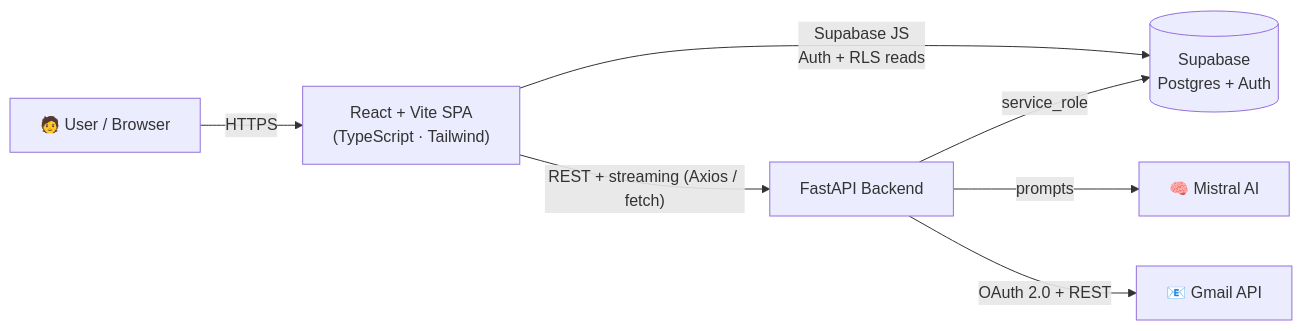
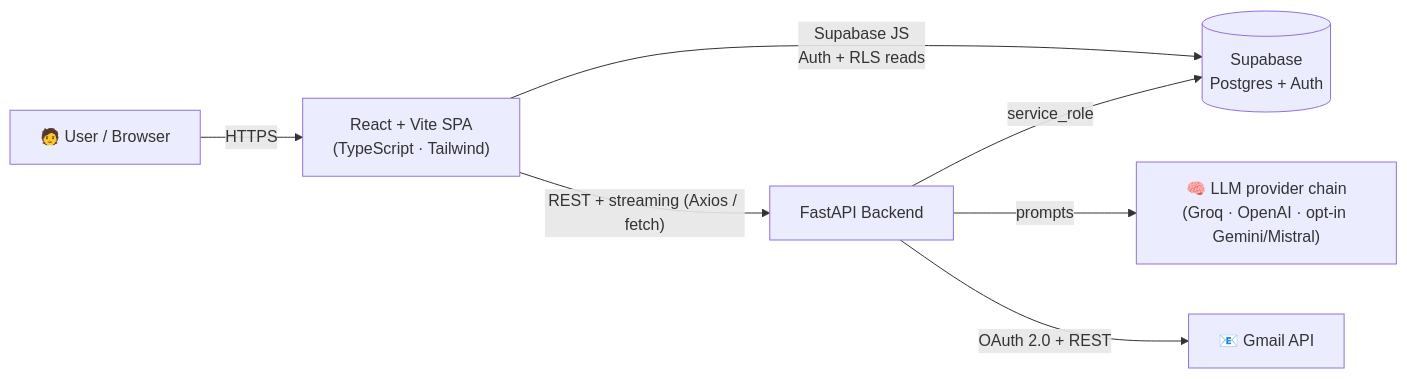
Before and after one commit to rehanvhora778/Automated-Email-Ai: the first of 2 diagrams in README.md, drawn with Mermaid. The commit also changed other lines of this file and 35 other files, not shown here.

````diff
--- a/README.md
+++ b/README.md
@@ -93,9 +93,9 @@
 ```mermaid
 flowchart LR
     U["🧑 User / Browser"] -->|HTTPS| FE["React + Vite SPA<br/>(TypeScript · Tailwind)"]
     FE -->|"Supabase JS<br/>Auth + RLS reads"| SB[("Supabase<br/>Postgres + Auth")]
     FE -->|"REST + streaming (Axios / fetch)"| API["FastAPI Backend"]
     API -->|"service_role"| SB
-    API -->|"prompts"| MI["🧠 Mistral AI"]
+    API -->|"prompts"| MI["🧠 LLM provider chain<br/>(Groq · OpenAI · opt-in Gemini/Mistral)"]
     API -->|"OAuth 2.0 + REST"| GM["📧 Gmail API"]
 ```
````
